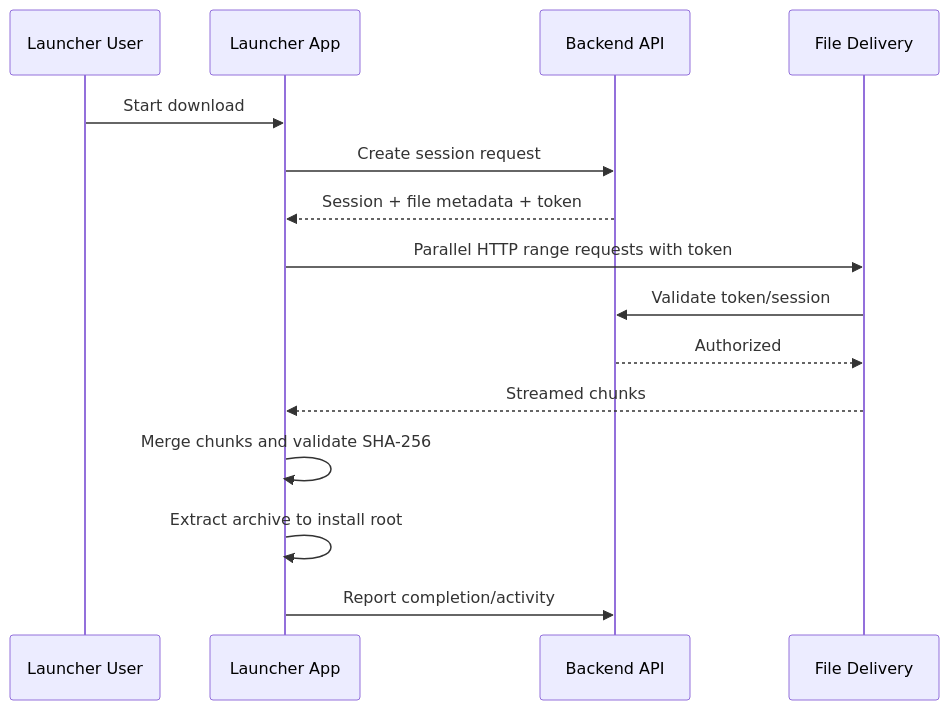
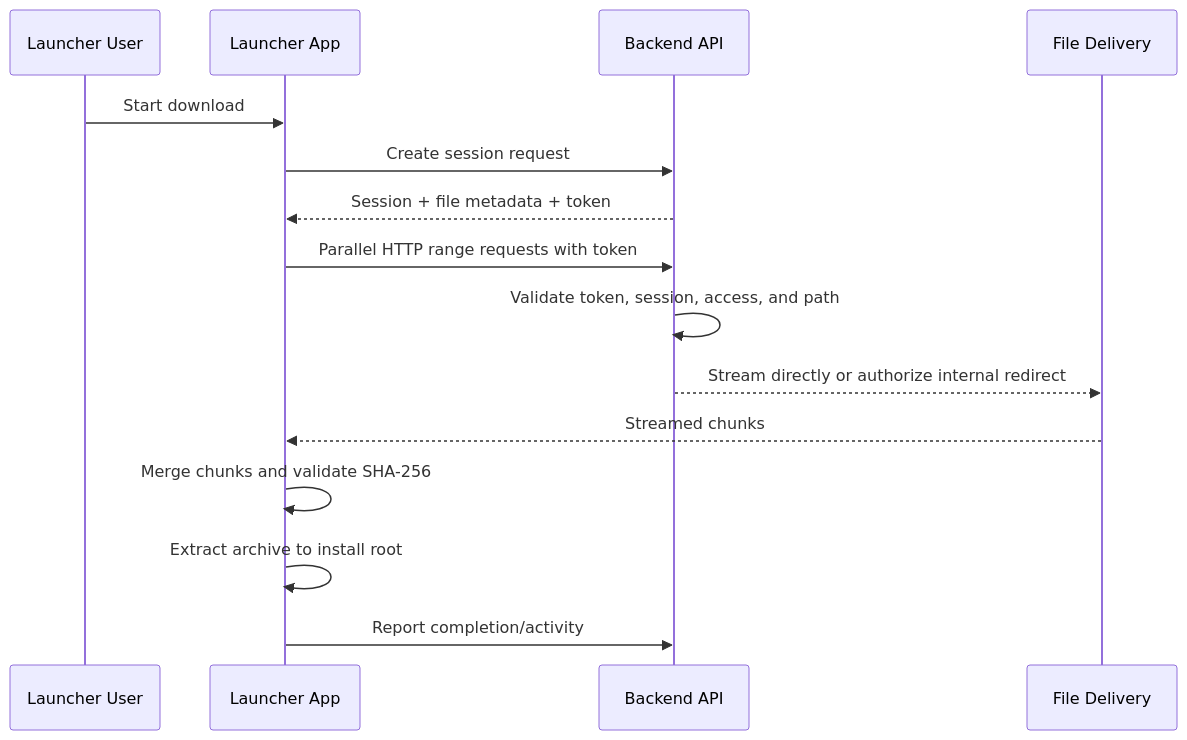
One commit to nsmony/VIZZIO_Deployment_Platform changed the fifth of 5 diagrams in README.md. Above: the diagram before and after it, drawn with Mermaid. The commit also changed other lines of this file and 21 other files, not shown here.

````diff
--- a/README.md
+++ b/README.md
@@ -273,18 +276,18 @@
 ```mermaid
 sequenceDiagram
     participant U as Launcher User
     participant L as Launcher App
     participant B as Backend API
     participant F as File Delivery
 
     U->>L: Start download
     L->>B: Create session request
     B-->>L: Session + file metadata + token
-    L->>F: Parallel HTTP range requests with token
-    F->>B: Validate token/session
-    B-->>F: Authorized
+    L->>B: Parallel HTTP range requests with token
+    B->>B: Validate token, session, access, and path
+    B-->>F: Stream directly or authorize internal redirect
     F-->>L: Streamed chunks
     L->>L: Merge chunks and validate SHA-256
     L->>L: Extract archive to install root
     L->>B: Report completion/activity
 ```
````
